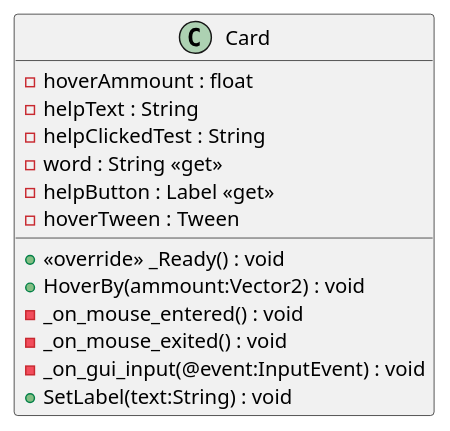
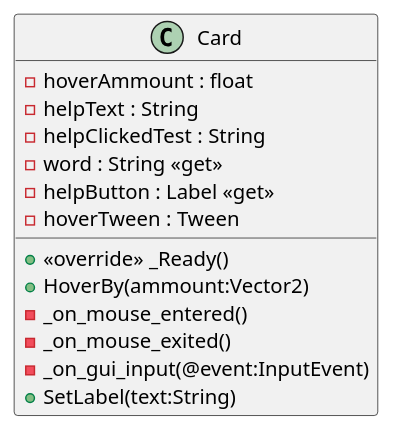
One commit to Leximon-SWE-2025/Leximon changed the diagram in PlantUML/scenes/Card.puml. Above: the diagram before and after it, drawn with PlantUML. The commit also changed 16 other files, not shown here.

```diff
--- a/PlantUML/scenes/Card.puml
+++ b/PlantUML/scenes/Card.puml
@@ -1,17 +1,17 @@
 @startuml Card
 class Card {
     - hoverAmmount : float
     - helpText : String
     - helpClickedTest : String
     - word : String <<get>>
     - helpButton : Label <<get>>
     - hoverTween : Tween
-    + <<override>> _Ready() : void
-    + HoverBy(ammount:Vector2) : void
-    - _on_mouse_entered() : void
-    - _on_mouse_exited() : void
-    - _on_gui_input(@event:InputEvent) : void
-    + SetLabel(text:String) : void
+    + <<override>> _Ready() 
+    + HoverBy(ammount:Vector2) 
+    - _on_mouse_entered() 
+    - _on_mouse_exited() 
+    - _on_gui_input(@event:InputEvent) 
+    + SetLabel(text:String) 
 }
 ' Control <|-- Card
 @enduml
```
